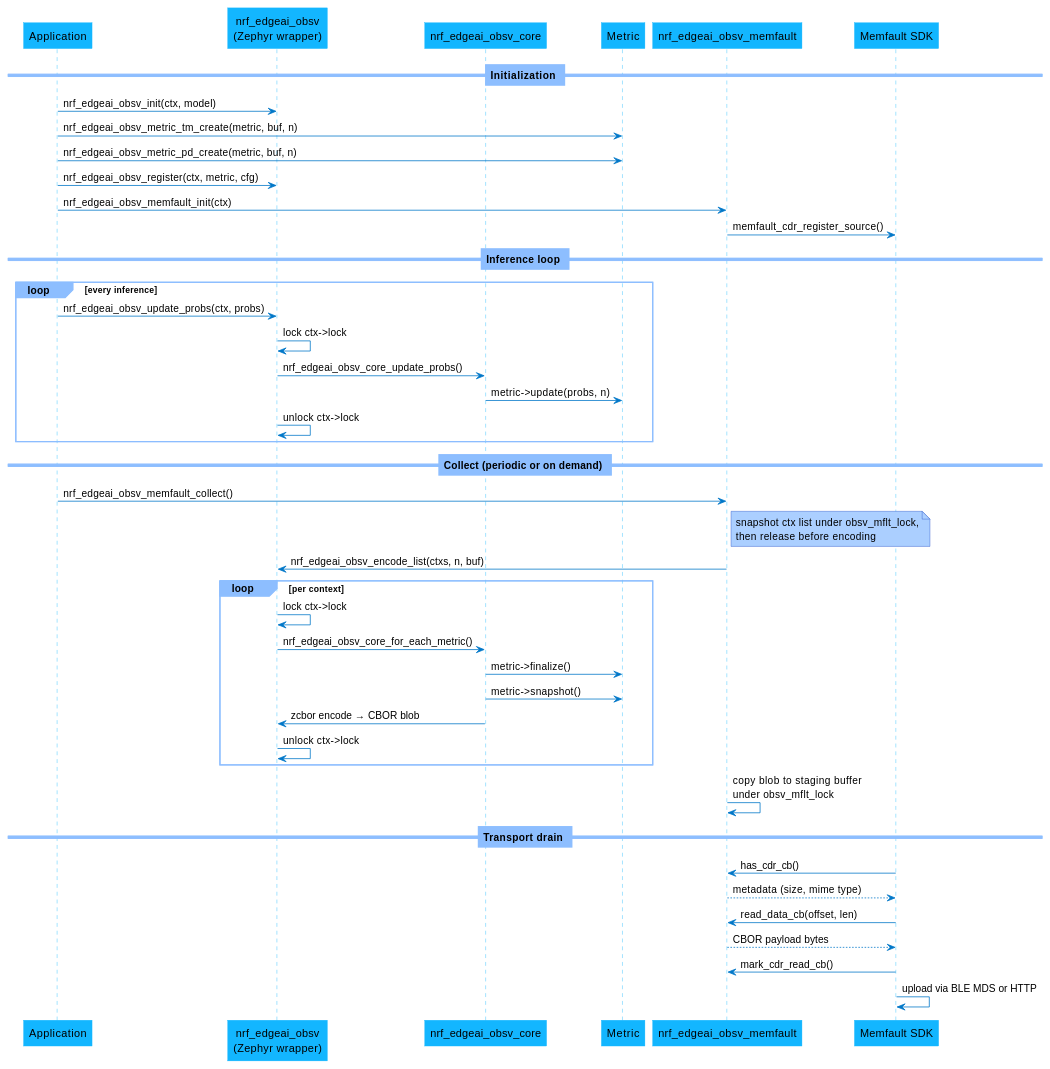
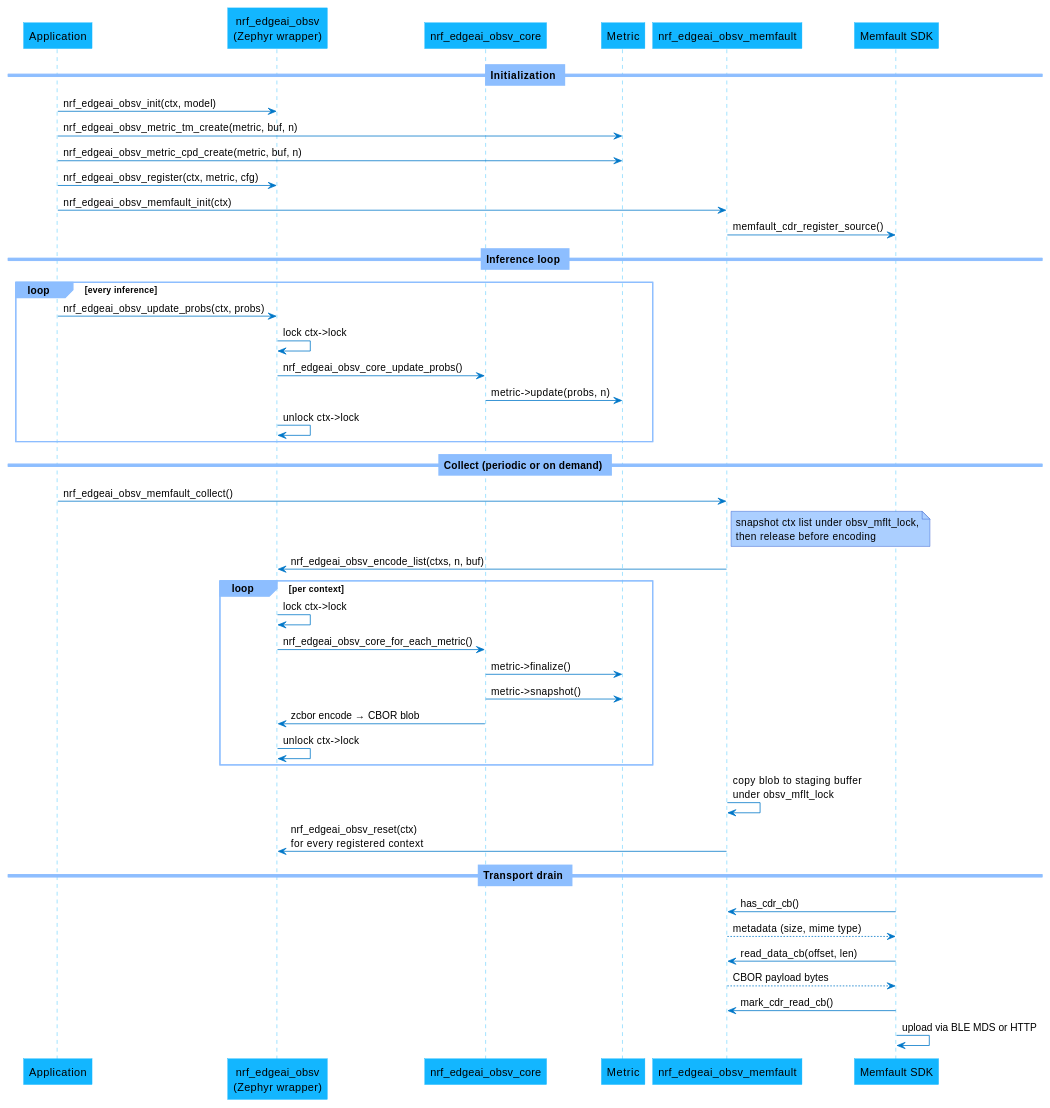
The second of 2 diagrams in doc/libraries/nrf_edgeai_obsv.rst (nrfconnect/sdk-edge-ai), drawn with PlantUML before and after one commit. The commit also changed other lines of this file and 32 other files, not shown here.

First line of the commit message:
lib: nrf_edgeai obsv new metric and protocol changes

```diff
--- a/doc/libraries/nrf_edgeai_obsv.rst
+++ b/doc/libraries/nrf_edgeai_obsv.rst
@@ -85,81 +92,82 @@
 .. uml::
    :caption: Call sequence for initialization, inference updates, Memfault collect, and CDR drain.
 
    skinparam shadowing false
    skinparam roundcorner 0
    skinparam backgroundColor #FFFFFF
    skinparam ArrowColor #0077C8
    skinparam sequenceArrowThickness 1
 
    skinparam sequence {
      DividerBackgroundColor #8DBEFF
      DividerBorderColor #8DBEFF
      LifeLineBackgroundColor #13B6FF
      LifeLineBorderColor #13B6FF
      ParticipantBackgroundColor #13B6FF
      ParticipantBorderColor #13B6FF
      BoxBackgroundColor #C1E8FF
      BoxBorderColor #C1E8FF
      GroupBackgroundColor #8DBEFF
      GroupBorderColor #8DBEFF
    }
 
    skinparam note {
      BackgroundColor #ABCFFF
      BorderColor #2149C2
      Shadowing false
    }
 
    skinparam participant {
      Shadowing false
    }
 
    participant "Application" as App
    participant "nrf_edgeai_obsv\n(Zephyr wrapper)" as Obsv
    participant "nrf_edgeai_obsv_core" as Core
    participant Metric
    participant "nrf_edgeai_obsv_memfault" as Mflt
    participant "Memfault SDK" as SDK
 
    == Initialization ==
 
    App -> Obsv : nrf_edgeai_obsv_init(ctx, model)
    App -> Metric : nrf_edgeai_obsv_metric_tm_create(metric, buf, n)
-   App -> Metric : nrf_edgeai_obsv_metric_pd_create(metric, buf, n)
+   App -> Metric : nrf_edgeai_obsv_metric_cpd_create(metric, buf, n)
    App -> Obsv : nrf_edgeai_obsv_register(ctx, metric, cfg)
    App -> Mflt : nrf_edgeai_obsv_memfault_init(ctx)
    Mflt -> SDK : memfault_cdr_register_source()
 
    == Inference loop ==
 
    loop every inference
      App -> Obsv : nrf_edgeai_obsv_update_probs(ctx, probs)
      Obsv -> Obsv : lock ctx->lock
      Obsv -> Core : nrf_edgeai_obsv_core_update_probs()
      Core -> Metric : metric->update(probs, n)
      Obsv -> Obsv : unlock ctx->lock
    end
 
    == Collect (periodic or on demand) ==
 
    App -> Mflt : nrf_edgeai_obsv_memfault_collect()
    note right of Mflt : snapshot ctx list under obsv_mflt_lock,\nthen release before encoding
    Mflt -> Obsv : nrf_edgeai_obsv_encode_list(ctxs, n, buf)
    loop per context
      Obsv -> Obsv : lock ctx->lock
      Obsv -> Core : nrf_edgeai_obsv_core_for_each_metric()
      Core -> Metric : metric->finalize()
      Core -> Metric : metric->snapshot()
      Core -> Obsv : zcbor encode → CBOR blob
      Obsv -> Obsv : unlock ctx->lock
    end
    Mflt -> Mflt : copy blob to staging buffer\nunder obsv_mflt_lock
+   Mflt -> Obsv : nrf_edgeai_obsv_reset(ctx)\nfor every registered context
 
    == Transport drain ==
 
    SDK -> Mflt : has_cdr_cb()
    Mflt --> SDK : metadata (size, mime type)
    SDK -> Mflt : read_data_cb(offset, len)
    Mflt --> SDK : CBOR payload bytes
    SDK -> Mflt : mark_cdr_read_cb()
    SDK -> SDK : upload via BLE MDS or HTTP
```
